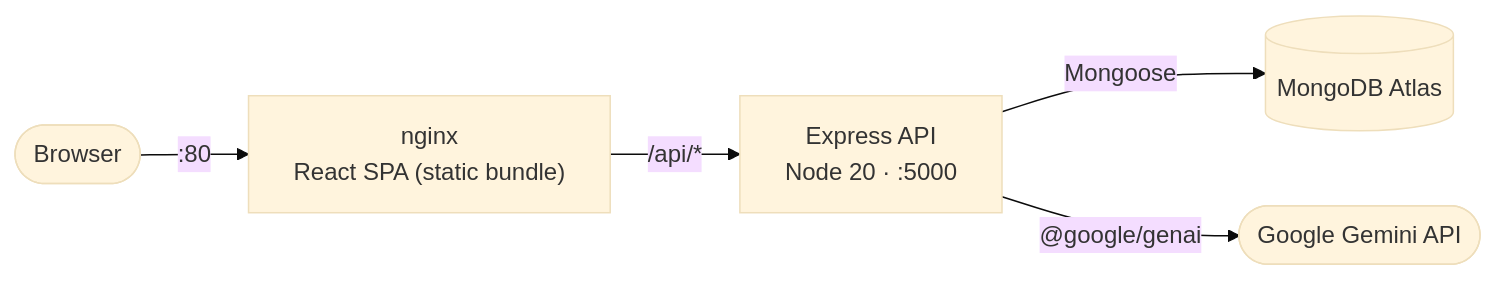
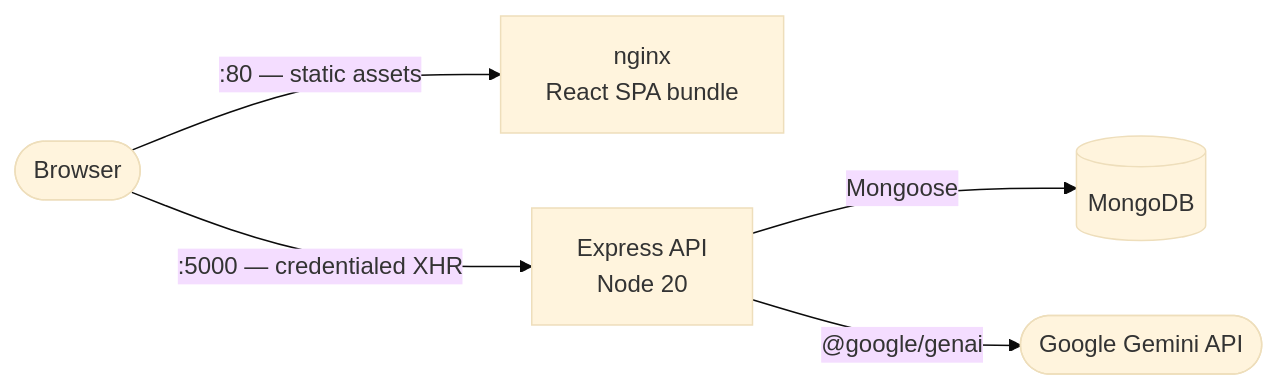
One commit to albert4183r7/AI-Invoice-Generator changed the diagram in README.md. Above: the diagram before and after it, drawn with Mermaid (base theme). The commit also changed other lines of this file and 45 other files, not shown here.

````diff
--- a/README.md
+++ b/README.md
@@ -15,7 +15,7 @@
 ```mermaid
 flowchart LR
-    U([Browser]) -->|:80| N["nginx<br/>React SPA (static bundle)"]
-    N -->|"/api/*"| A["Express API<br/>Node 20 · :5000"]
-    A -->|Mongoose| M[("MongoDB Atlas")]
+    U([Browser]) -->|":80 — static assets"| N["nginx<br/>React SPA bundle"]
+    U -->|":5000 — credentialed XHR"| A["Express API<br/>Node 20"]
+    A -->|Mongoose| M[("MongoDB")]
     A -->|"@google/genai"| G([Google Gemini API])
 ```
````
